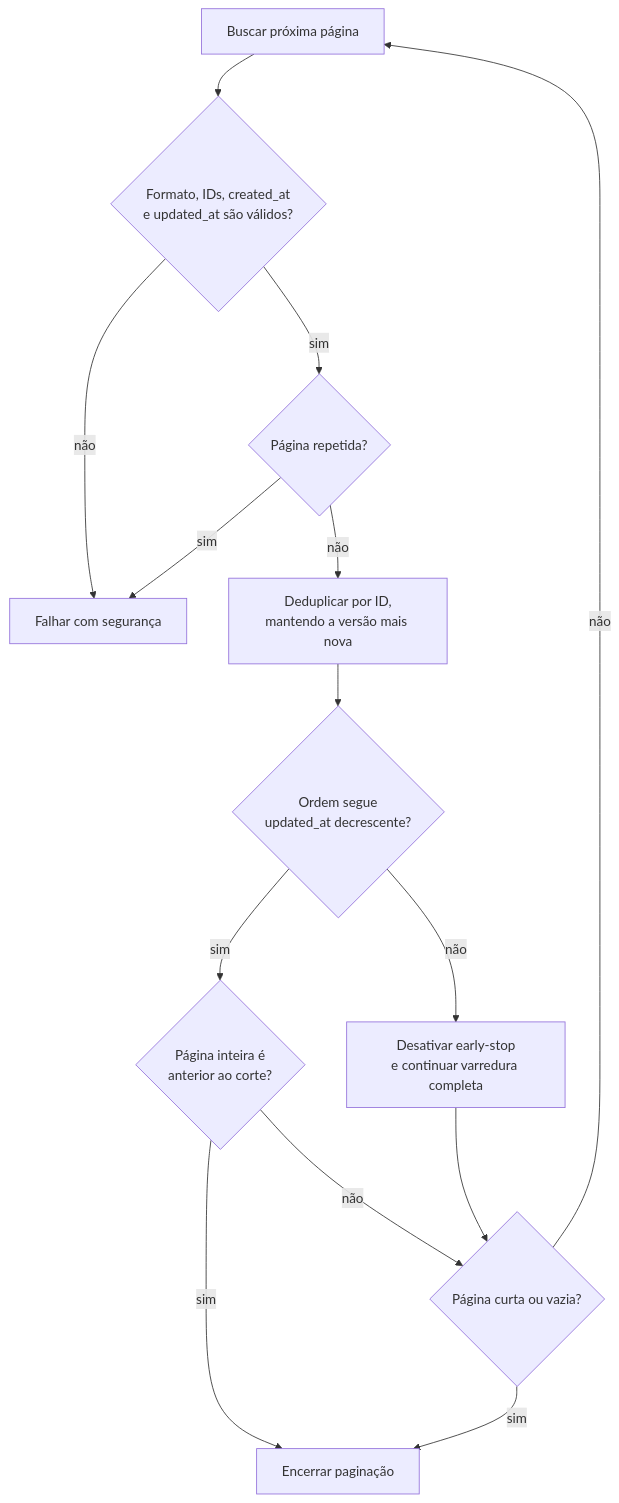
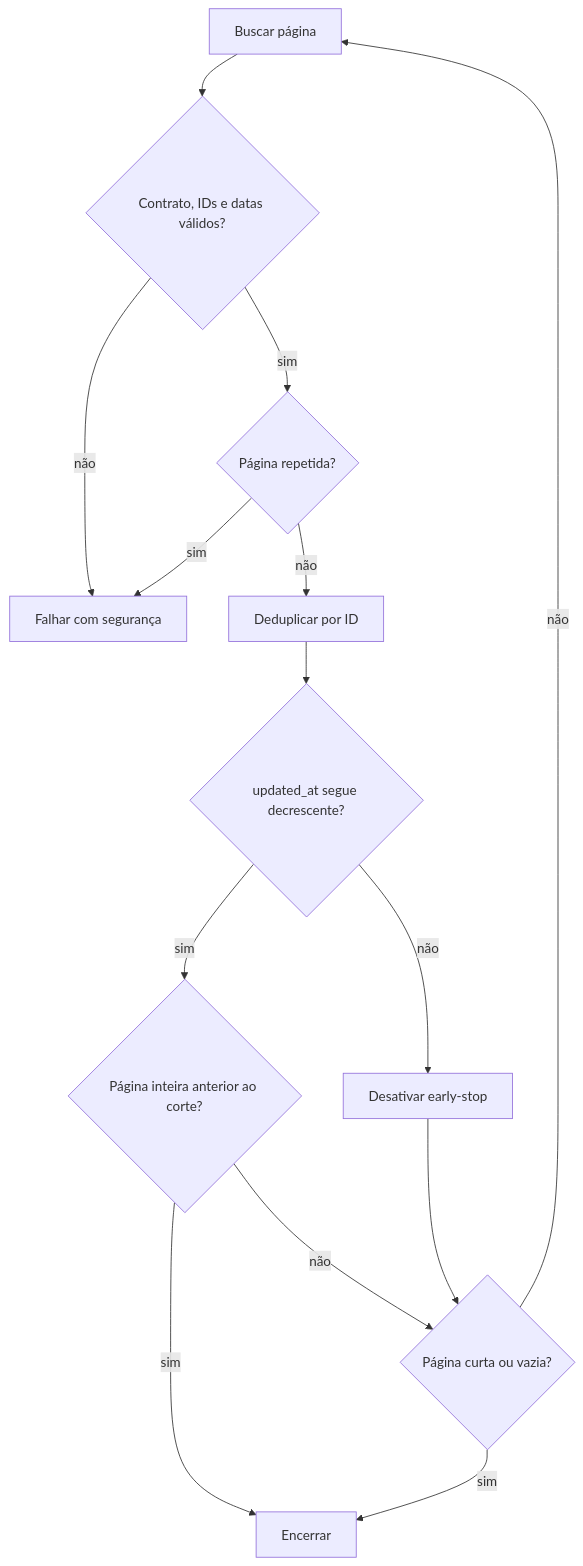
Before and after one commit to lojadosapo/ls-data: the third of 4 diagrams in README.md, drawn with Mermaid. The commit also changed other lines of this file and 41 other files, not shown here.

````diff
--- a/README.md
+++ b/README.md
@@ -140,16 +107,16 @@
 ```mermaid
 flowchart TD
-    A[Buscar próxima página] --> B{Formato, IDs, created_at<br/>e updated_at são válidos?}
+    A[Buscar página] --> B{Contrato, IDs e datas válidos?}
     B -- não --> X[Falhar com segurança]
     B -- sim --> C{Página repetida?}
     C -- sim --> X
-    C -- não --> D[Deduplicar por ID,<br/>mantendo a versão mais nova]
-    D --> E{Ordem segue<br/>updated_at decrescente?}
-    E -- não --> F[Desativar early-stop<br/>e continuar varredura completa]
-    E -- sim --> G{Página inteira é<br/>anterior ao corte?}
-    G -- sim --> H[Encerrar paginação]
+    C -- não --> D[Deduplicar por ID]
+    D --> E{updated_at segue decrescente?}
+    E -- não --> F[Desativar early-stop]
+    E -- sim --> G{Página inteira anterior ao corte?}
+    G -- sim --> H[Encerrar]
     G -- não --> I{Página curta ou vazia?}
     F --> I
     I -- sim --> H
     I -- não --> A
 ```
````
